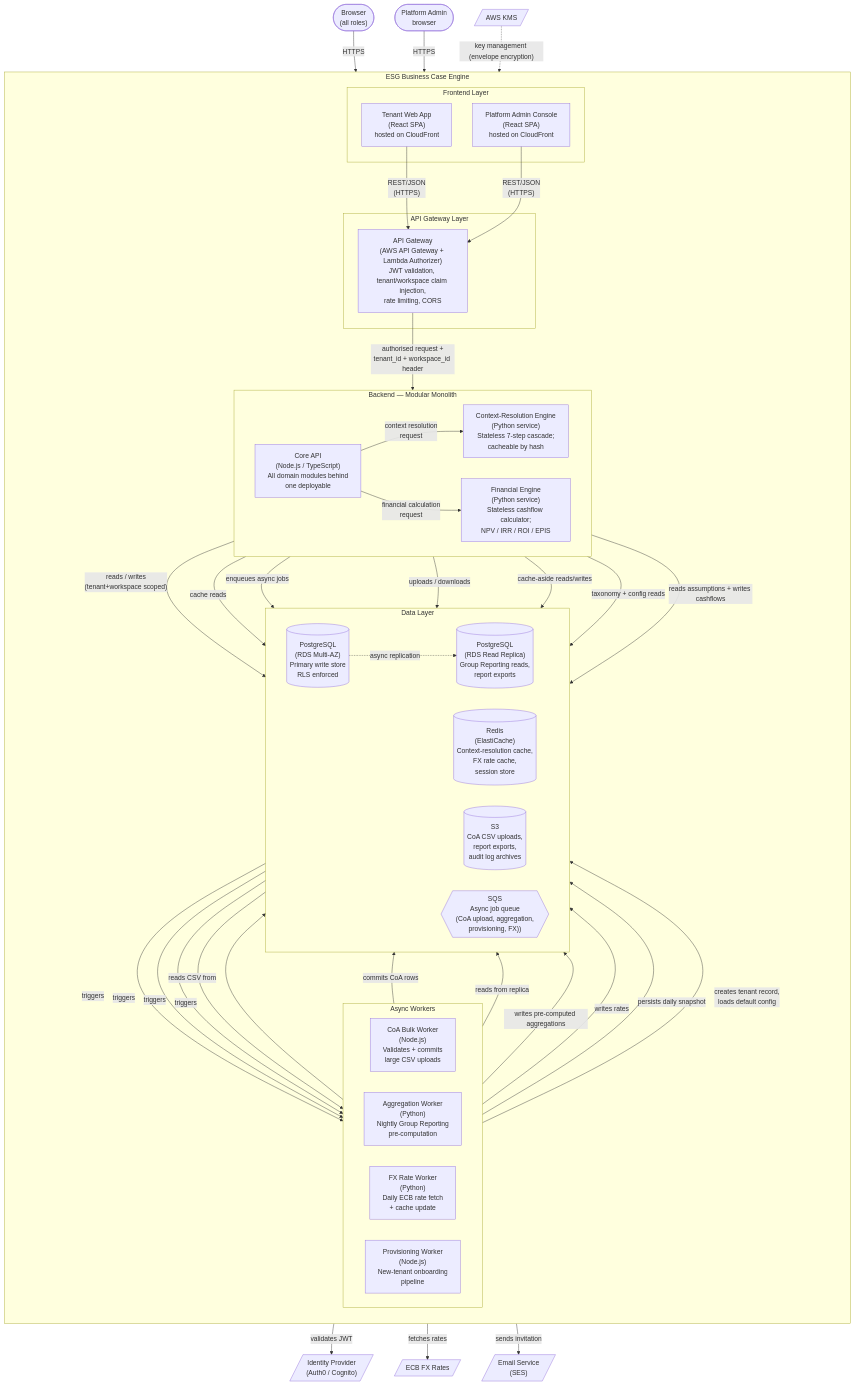
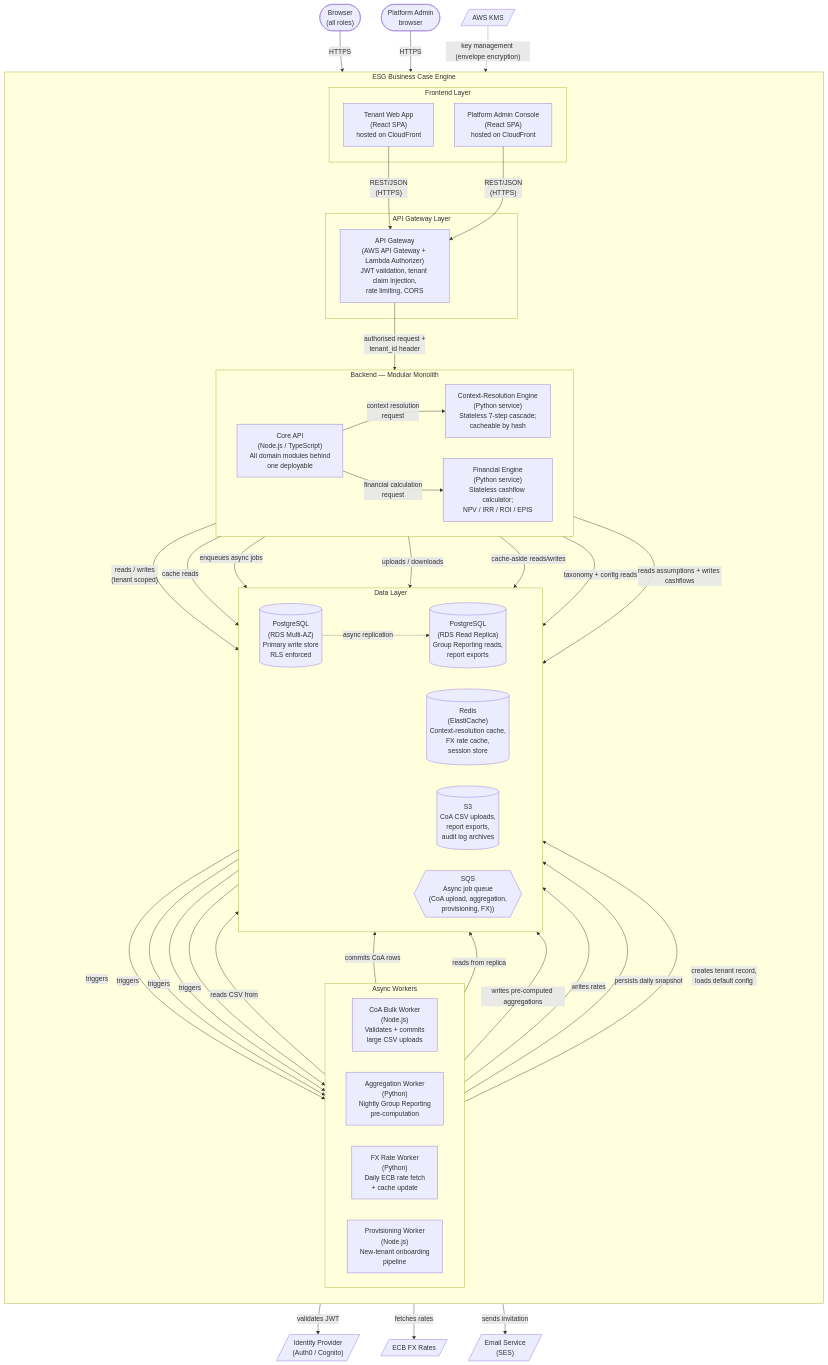
The second of 9 diagrams in book_summary/ESG_Architecture.md (Anubhav-Singh13/Monk_Intelligence), drawn with Mermaid before and after one commit. The commit also changed other lines of this file and 2 other files, not shown here.

Commit message:
workspace simplification

````diff
--- a/book_summary/ESG_Architecture.md
+++ b/book_summary/ESG_Architecture.md
@@ -99,80 +98,80 @@
 ```mermaid
 flowchart TB
     %% Actors
     Browser(["Browser\n(all roles)"])
     Admin(["Platform Admin\nbrowser"])
 
     subgraph ESG_Engine["ESG Business Case Engine"]
         direction TB
 
         subgraph Frontend["Frontend Layer"]
             SPA["Tenant Web App\n(React SPA)\nhosted on CloudFront"]
             AdminUI["Platform Admin Console\n(React SPA)\nhosted on CloudFront"]
         end
 
         subgraph Gateway["API Gateway Layer"]
-            GW["API Gateway\n(AWS API Gateway + Lambda Authorizer)\nJWT validation, tenant/workspace claim injection,\nrate limiting, CORS"]
+            GW["API Gateway\n(AWS API Gateway + Lambda Authorizer)\nJWT validation, tenant claim injection,\nrate limiting, CORS"]
         end
 
         subgraph Backend["Backend — Modular Monolith"]
             direction LR
             CoreAPI["Core API\n(Node.js / TypeScript)\nAll domain modules behind\none deployable"]
             CtxEngine["Context-Resolution Engine\n(Python service)\nStateless 7-step cascade;\ncacheable by hash"]
             FinEngine["Financial Engine\n(Python service)\nStateless cashflow calculator;\nNPV / IRR / ROI / EPIS"]
         end
 
         subgraph Workers["Async Workers"]
             direction LR
             CoAWorker["CoA Bulk Worker\n(Node.js)\nValidates + commits\nlarge CSV uploads"]
             AggWorker["Aggregation Worker\n(Python)\nNightly Group Reporting\npre-computation"]
             FXWorker["FX Rate Worker\n(Python)\nDaily ECB rate fetch\n+ cache update"]
             ProvWorker["Provisioning Worker\n(Node.js)\nNew-tenant onboarding\npipeline"]
         end
 
         subgraph Data["Data Layer"]
             direction LR
             PG[("PostgreSQL\n(RDS Multi-AZ)\nPrimary write store\nRLS enforced")]
             PGRead[("PostgreSQL\n(RDS Read Replica)\nGroup Reporting reads,\nreport exports")]
             Redis[("Redis\n(ElastiCache)\nContext-resolution cache,\nFX rate cache,\nsession store")]
             S3[("S3\nCoA CSV uploads,\nreport exports,\naudit log archives")]
             Queue{{"SQS\nAsync job queue\n(CoA upload, aggregation,\nprovisioning, FX))"}}
         end
     end
 
     %% External
     OIDC[/"Identity Provider\n(Auth0 / Cognito)"/]
     KMS[/"AWS KMS"/]
     Email[/"Email Service\n(SES)"/]
     FXProvider[/"ECB FX Rates"/]
 
     Browser -->|"HTTPS"| SPA
     Admin -->|"HTTPS"| AdminUI
     SPA -->|"REST/JSON\n(HTTPS)"| GW
     AdminUI -->|"REST/JSON\n(HTTPS)"| GW
     GW -->|"validates JWT"| OIDC
-    GW -->|"authorised request +\ntenant_id + workspace_id header"| CoreAPI
+    GW -->|"authorised request +\ntenant_id header"| CoreAPI
     CoreAPI -->|"context resolution\nrequest"| CtxEngine
     CoreAPI -->|"financial calculation\nrequest"| FinEngine
-    CoreAPI -->|"reads / writes\n(tenant+workspace scoped)"| PG
+    CoreAPI -->|"reads / writes\n(tenant scoped)"| PG
     CoreAPI -->|"cache reads"| Redis
     CoreAPI -->|"enqueues async jobs"| Queue
     CoreAPI -->|"uploads / downloads"| S3
     CtxEngine -->|"cache-aside reads/writes"| Redis
     CtxEngine -->|"taxonomy + config reads"| PG
     FinEngine -->|"reads assumptions + writes cashflows"| PG
     Queue -->|"triggers"| CoAWorker
     Queue -->|"triggers"| AggWorker
     Queue -->|"triggers"| FXWorker
     Queue -->|"triggers"| ProvWorker
     CoAWorker -->|"reads CSV from"| S3
     CoAWorker -->|"commits CoA rows"| PG
     AggWorker -->|"reads from replica"| PGRead
     AggWorker -->|"writes pre-computed aggregations"| PG
     FXWorker -->|"fetches rates"| FXProvider
     FXWorker -->|"writes rates"| Redis
     FXWorker -->|"persists daily snapshot"| PG
     ProvWorker -->|"creates tenant record,\nloads default config"| PG
     ProvWorker -->|"sends invitation"| Email
     PG -.->|"async replication"| PGRead
     KMS -.->|"key management (envelope encryption)"| PG
 ```
````
